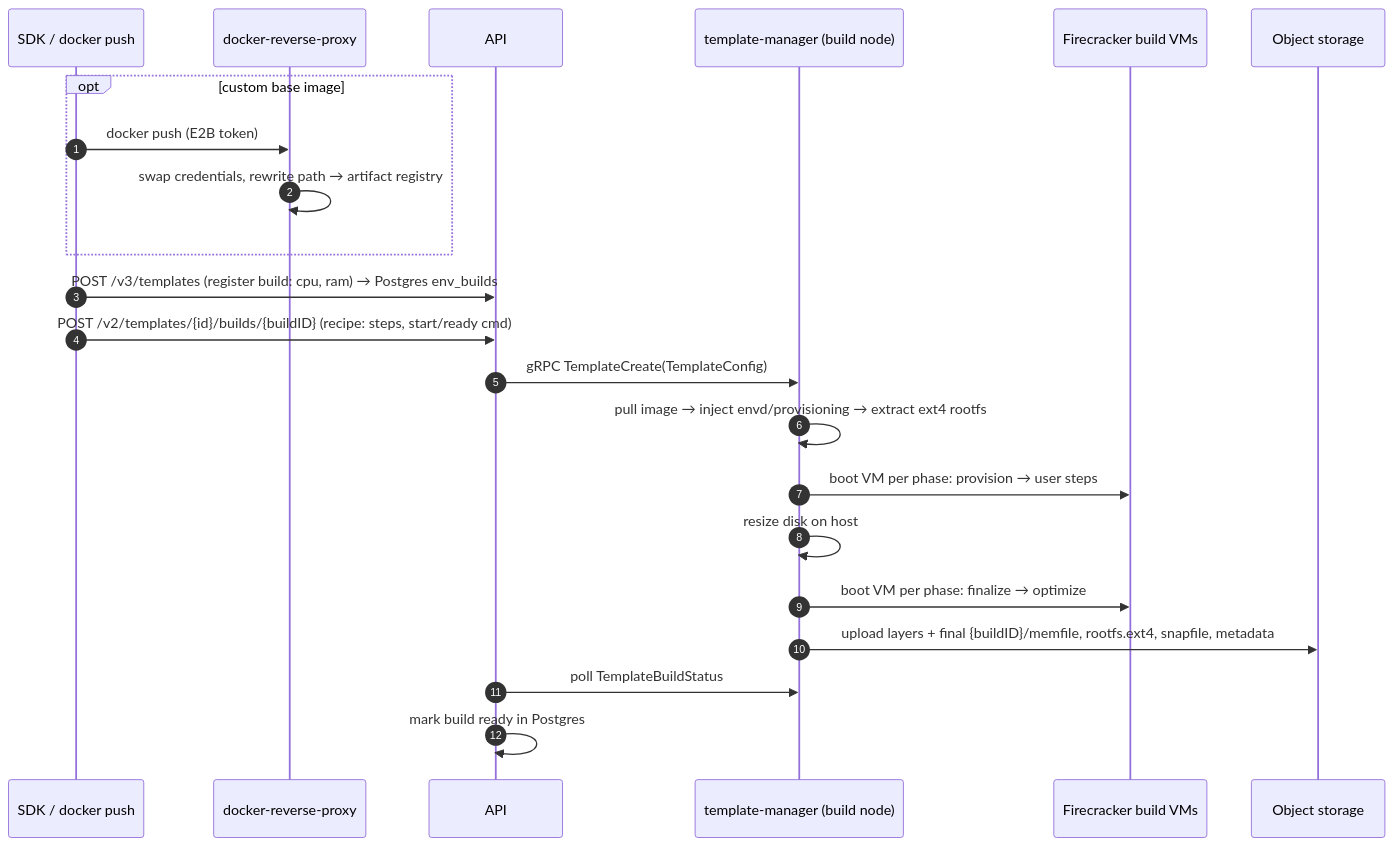
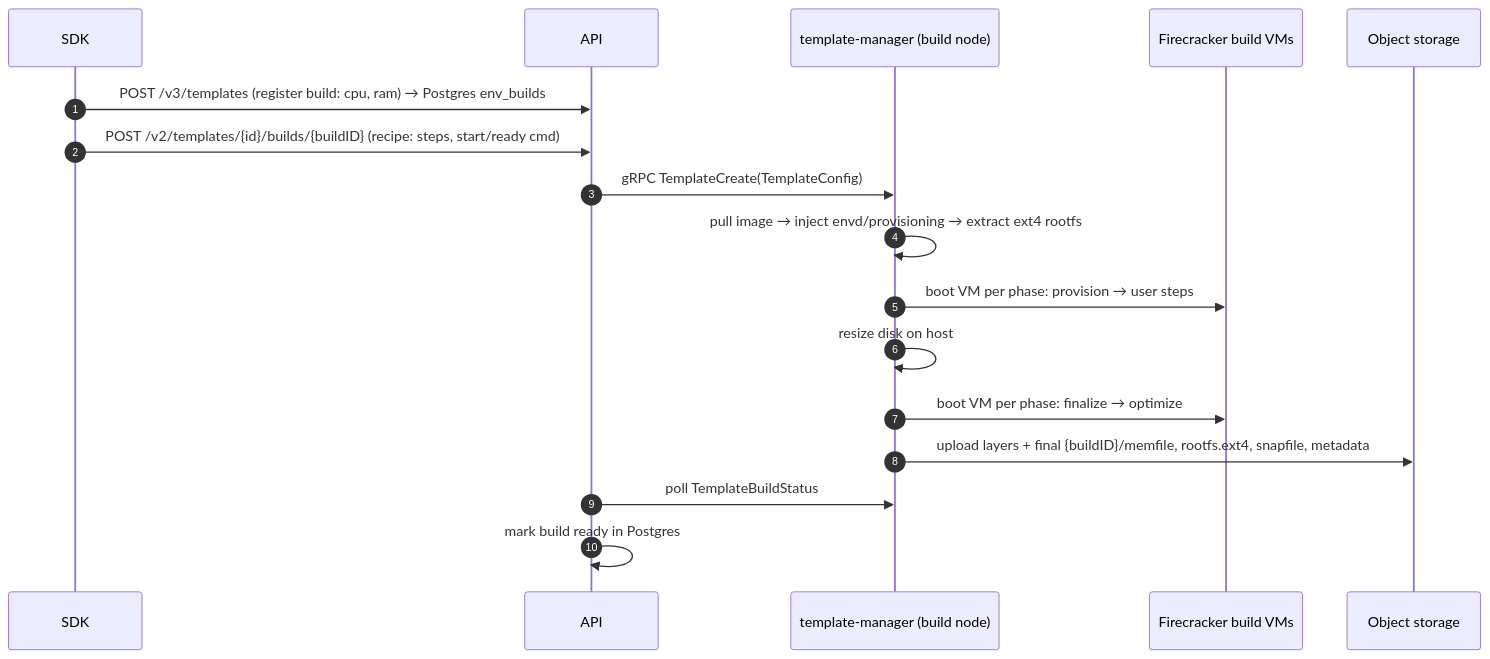
The fifth of 6 diagrams in docs/ARCHITECTURE.md (e2b-dev/infra), drawn with Mermaid before and after one commit. The commit also changed other lines of this file and 38 other files, not shown here.

Commit message:
chore(docker-reverse-proxy): remove deprecated service

````diff
--- a/docs/ARCHITECTURE.md
+++ b/docs/ARCHITECTURE.md
@@ -378,25 +368,20 @@
 ```mermaid
 sequenceDiagram
     autonumber
-    participant C as SDK / docker push
-    participant DRP as docker-reverse-proxy
+    participant C as SDK
     participant API as API
     participant TM as template-manager (build node)
     participant FC as Firecracker build VMs
     participant OS as Object storage
 
-    opt custom base image
-        C->>DRP: docker push (E2B token)
-        DRP->>DRP: swap credentials, rewrite path → artifact registry
-    end
     C->>API: POST /v3/templates (register build: cpu, ram) → Postgres env_builds
     C->>API: POST /v2/templates/{id}/builds/{buildID} (recipe: steps, start/ready cmd)
     API->>TM: gRPC TemplateCreate(TemplateConfig)
     TM->>TM: pull image → inject envd/provisioning → extract ext4 rootfs
     TM->>FC: boot VM per phase: provision → user steps
     TM->>TM: resize disk on host
     TM->>FC: boot VM per phase: finalize → optimize
     TM->>OS: upload layers + final {buildID}/memfile, rootfs.ext4, snapfile, metadata
     API->>TM: poll TemplateBuildStatus
     API->>API: mark build ready in Postgres
 ```
````
